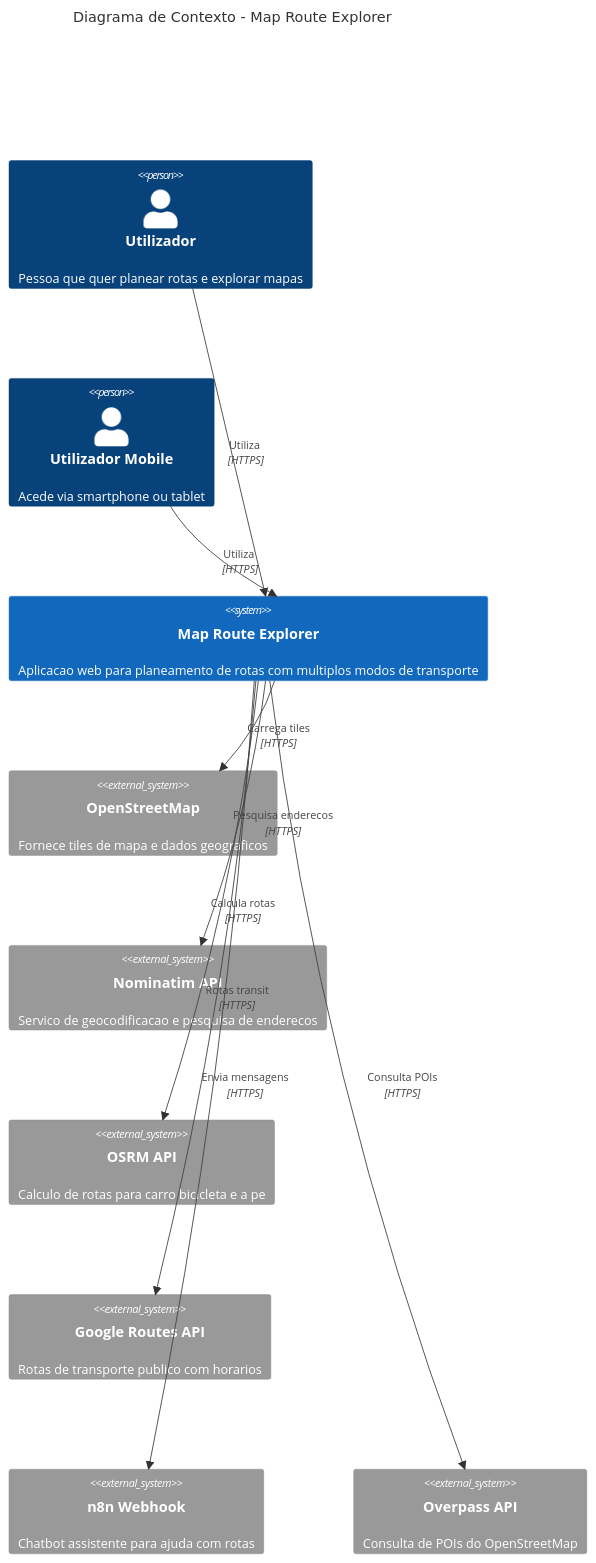
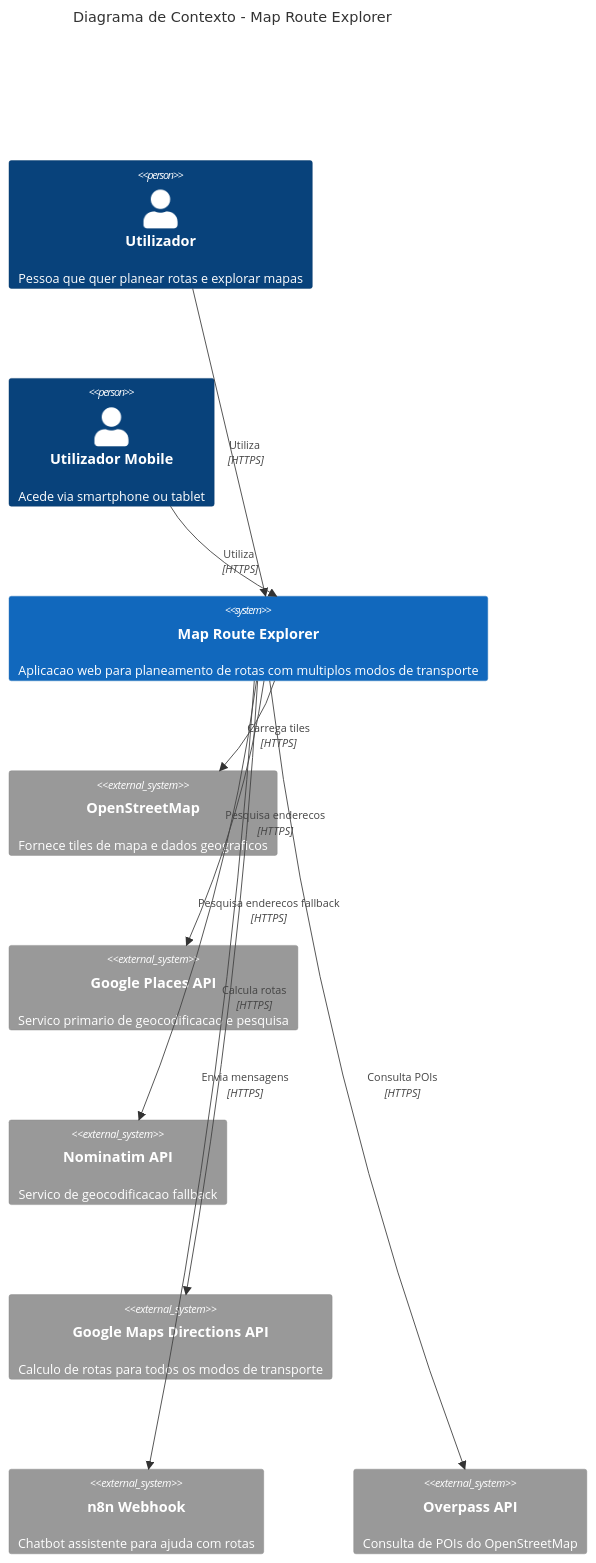
Before and after one commit to AlexandreMendesISCTE/Projeto-de-Arquitetura-e-Desenho-de-Software: the first of 13 diagrams in docs/ARCHITECTURE_SECURITY.md, drawn with Mermaid. The commit also changed other lines of this file and 1 other file, not shown here.

Commit message:
diagrama de classes e google maps service updated

````diff
--- a/docs/ARCHITECTURE_SECURITY.md
+++ b/docs/ARCHITECTURE_SECURITY.md
@@ -43,28 +43,28 @@
 ```mermaid
 C4Context
     title Diagrama de Contexto - Map Route Explorer
 
     Person(user, "Utilizador", "Pessoa que quer planear rotas e explorar mapas")
     Person(mobile_user, "Utilizador Mobile", "Acede via smartphone ou tablet")
     
     System(mre, "Map Route Explorer", "Aplicacao web para planeamento de rotas com multiplos modos de transporte")
     
     System_Ext(osm, "OpenStreetMap", "Fornece tiles de mapa e dados geograficos")
-    System_Ext(nominatim, "Nominatim API", "Servico de geocodificacao e pesquisa de enderecos")
-    System_Ext(osrm, "OSRM API", "Calculo de rotas para carro bicicleta e a pe")
-    System_Ext(google_routes, "Google Routes API", "Rotas de transporte publico com horarios")
+    System_Ext(google_places, "Google Places API", "Servico primario de geocodificacao e pesquisa")
+    System_Ext(nominatim, "Nominatim API", "Servico de geocodificacao fallback")
+    System_Ext(google_maps, "Google Maps Directions API", "Calculo de rotas para todos os modos de transporte")
     System_Ext(n8n, "n8n Webhook", "Chatbot assistente para ajuda com rotas")
     System_Ext(overpass, "Overpass API", "Consulta de POIs do OpenStreetMap")
     
     Rel(user, mre, "Utiliza", "HTTPS")
     Rel(mobile_user, mre, "Utiliza", "HTTPS")
     
     Rel(mre, osm, "Carrega tiles", "HTTPS")
-    Rel(mre, nominatim, "Pesquisa enderecos", "HTTPS")
-    Rel(mre, osrm, "Calcula rotas", "HTTPS")
-    Rel(mre, google_routes, "Rotas transit", "HTTPS")
+    Rel(mre, google_places, "Pesquisa enderecos", "HTTPS")
+    Rel(mre, nominatim, "Pesquisa enderecos fallback", "HTTPS")
+    Rel(mre, google_maps, "Calcula rotas", "HTTPS")
     Rel(mre, n8n, "Envia mensagens", "HTTPS")
     Rel(mre, overpass, "Consulta POIs", "HTTPS")
 
     UpdateLayoutConfig($c4ShapeInRow="3", $c4BoundaryInRow="1")
 ```
````
